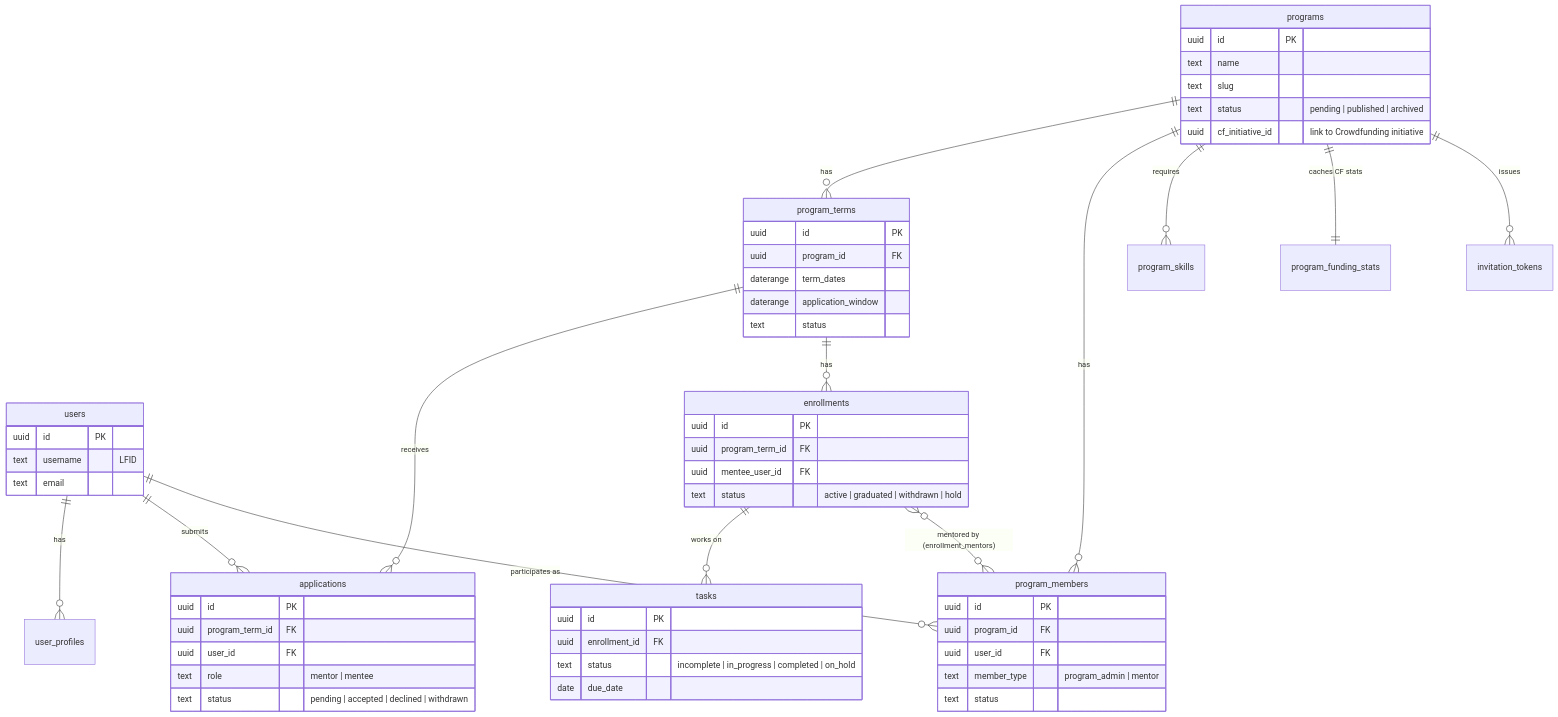
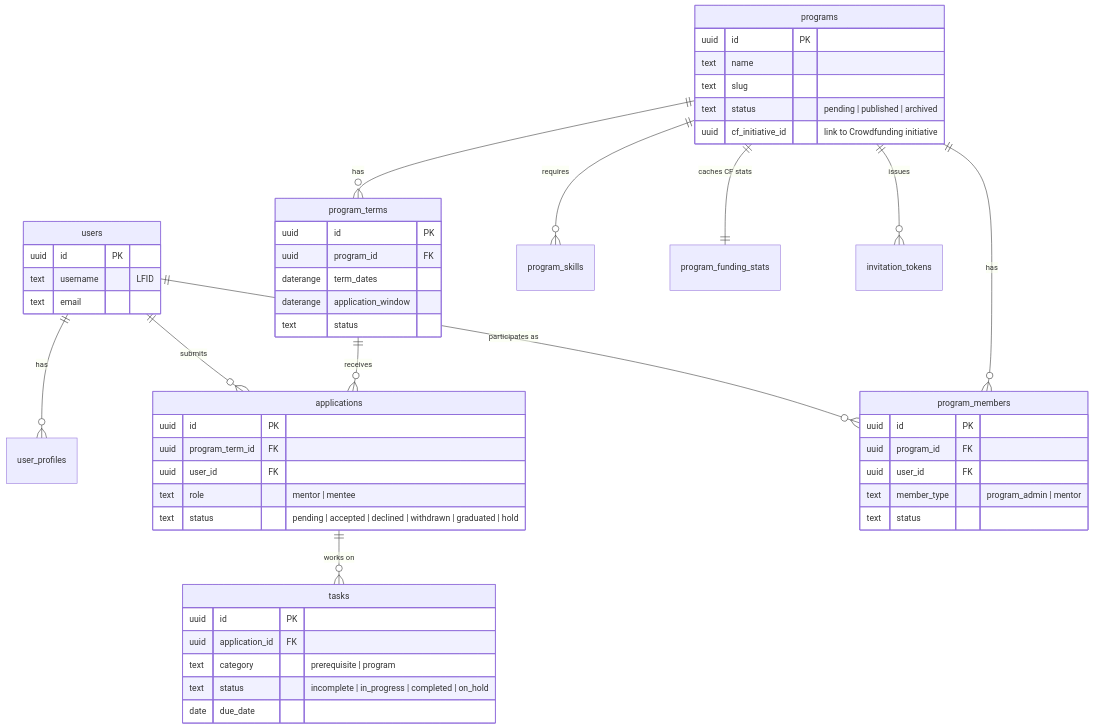
One commit to linuxfoundation/lfx-mentorship changed the second of 2 diagrams in docs/rewrite/02-target-architecture.md. Above: the diagram before and after it, drawn with Mermaid. The commit also changed other lines of this file and 1 other file, not shown here.

````diff
--- a/docs/rewrite/02-target-architecture.md
+++ b/docs/rewrite/02-target-architecture.md
@@ -84,61 +96,54 @@
 ```mermaid
 erDiagram
     users ||--o{ user_profiles : has
     users ||--o{ applications : submits
     users ||--o{ program_members : "participates as"
     programs ||--o{ program_terms : has
     programs ||--o{ program_members : has
     programs ||--o{ program_skills : requires
     programs ||--|| program_funding_stats : "caches CF stats"
     program_terms ||--o{ applications : receives
-    program_terms ||--o{ enrollments : has
-    enrollments ||--o{ tasks : "works on"
-    enrollments }o--o{ program_members : "mentored by (enrollment_mentors)"
+    applications ||--o{ tasks : "works on"
     programs ||--o{ invitation_tokens : issues
 
     users {
         uuid id PK
         text username "LFID"
         text email
     }
     programs {
         uuid id PK
         text name
         text slug
         text status "pending | published | archived"
         uuid cf_initiative_id "link to Crowdfunding initiative"
     }
     program_terms {
         uuid id PK
         uuid program_id FK
         daterange term_dates
         daterange application_window
         text status
     }
     applications {
         uuid id PK
         uuid program_term_id FK
         uuid user_id FK
         text role "mentor | mentee"
-        text status "pending | accepted | declined | withdrawn"
+        text status "pending | accepted | declined | withdrawn | graduated | hold"
     }
     program_members {
         uuid id PK
         uuid program_id FK
         uuid user_id FK
         text member_type "program_admin | mentor"
         text status
     }
-    enrollments {
-        uuid id PK
-        uuid program_term_id FK
-        uuid mentee_user_id FK
-        text status "active | graduated | withdrawn | hold"
-    }
     tasks {
         uuid id PK
-        uuid enrollment_id FK
+        uuid application_id FK
+        text category "prerequisite | program"
         text status "incomplete | in_progress | completed | on_hold"
         date due_date
     }
 ```
````
